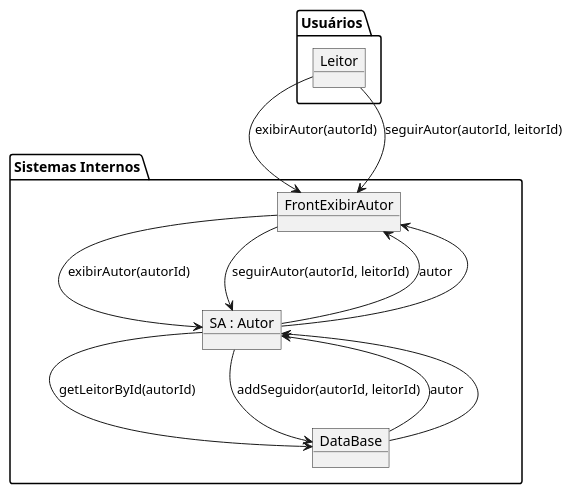
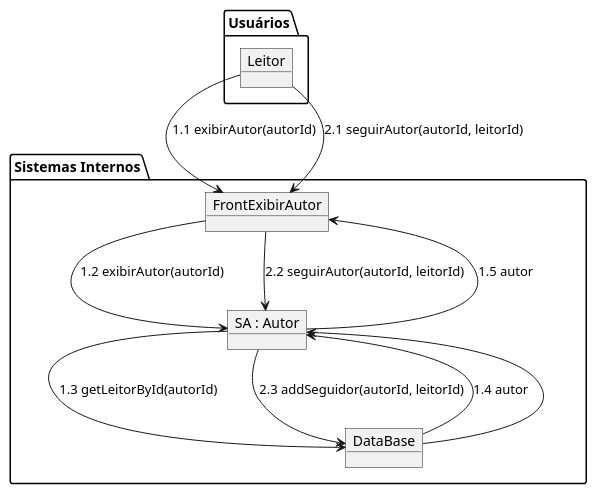
Before and after one commit to ThiagoAndradeRamalho/BibliotecaPessoal: the diagram in docs/diagramas/comunicacaoSeguir.puml, drawn with PlantUML. The commit also changed 3 other files, not shown here.

Commit message:
Add diagramas de comunicacao

```diff
--- a/docs/diagramas/comunicacaoSeguir.puml
+++ b/docs/diagramas/comunicacaoSeguir.puml
@@ -1,23 +1,22 @@
-@startuml
+@startuml Biblioteca Pessoal Sequencia Seguir Autor
 package "Usuários" {
     object Leitor
 }
 
 package "Sistemas Internos" {
     object FrontExibirAutor
     object "SA : Autor" as Autor
     object DataBase
 }
 
 
-Leitor --> FrontExibirAutor : exibirAutor(autorId)
-Leitor --> FrontExibirAutor : seguirAutor(autorId, leitorId)
-FrontExibirAutor --> Autor : exibirAutor(autorId)
-FrontExibirAutor --> Autor : seguirAutor(autorId, leitorId)
-Autor --> DataBase : getLeitorById(autorId)
-Autor --> DataBase : addSeguidor(autorId, leitorId)
-DataBase --> Autor : autor
+Leitor --> FrontExibirAutor : 1.1 exibirAutor(autorId)
+Leitor --> FrontExibirAutor : 2.1 seguirAutor(autorId, leitorId)
+FrontExibirAutor --> Autor : 1.2 exibirAutor(autorId)
+FrontExibirAutor --> Autor : 2.2 seguirAutor(autorId, leitorId)
+Autor --> DataBase : 1.3 getLeitorById(autorId)
+Autor --> DataBase : 2.3 addSeguidor(autorId, leitorId)
+DataBase --> Autor : 1.4 autor
 DataBase --> Autor
-Autor --> FrontExibirAutor : autor
-Autor --> FrontExibirAutor
+Autor --> FrontExibirAutor : 1.5 autor
 @enduml
```
